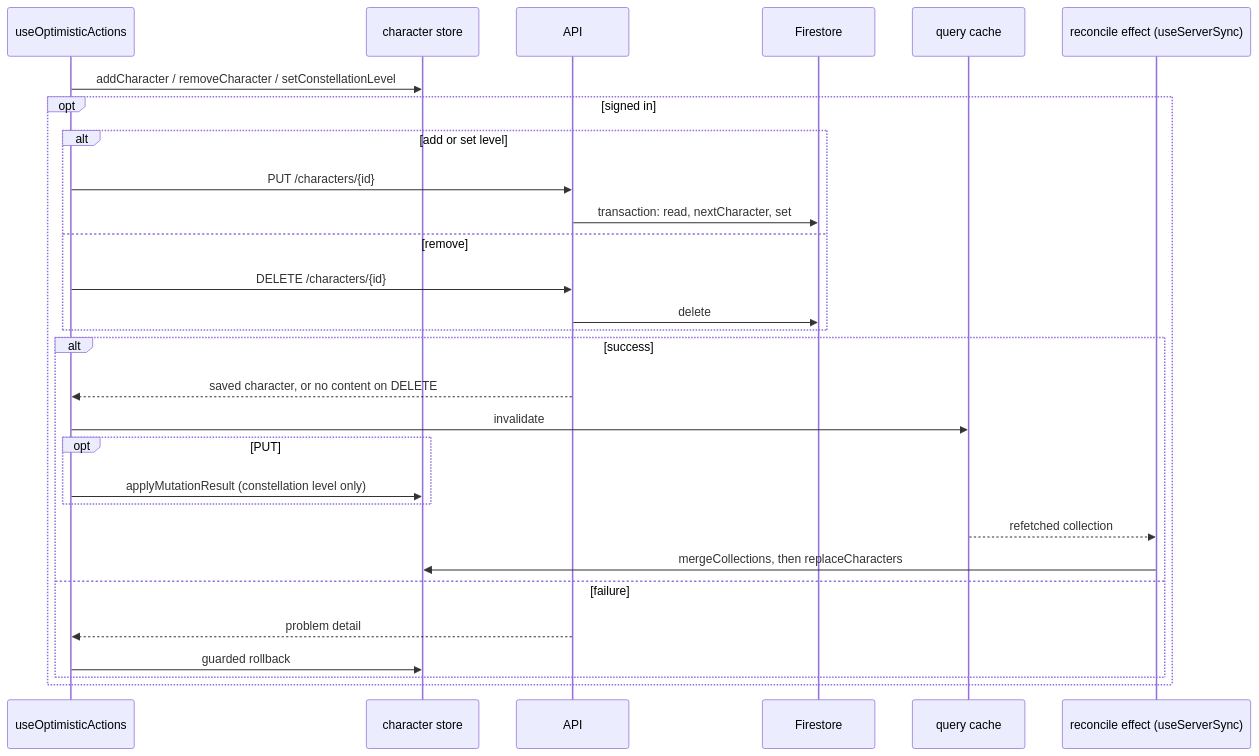
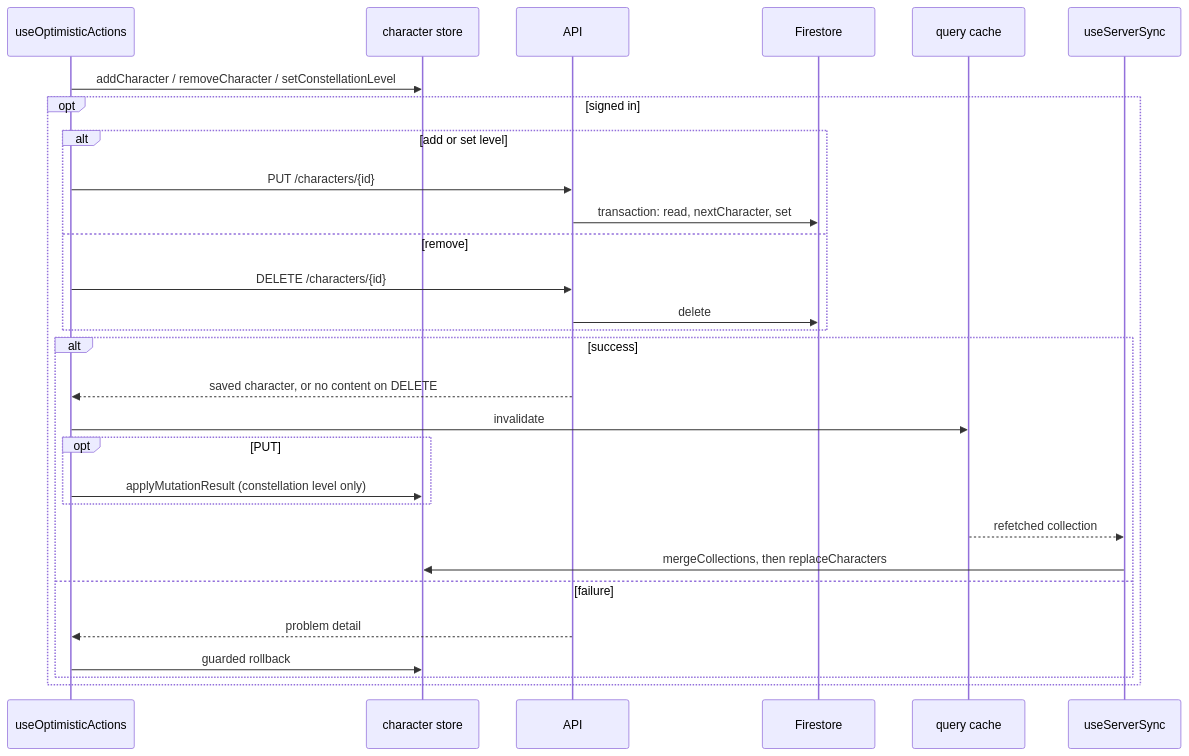
Before and after one commit to dungeon-studio/genshin.dungeon.studio: the first of 4 diagrams in docs/reference/data-flow-write-paths.md, drawn with Mermaid. The commit also changed other lines of this file and 1 other file, not shown here.

Commit message:
docs: fit the data flow diagrams to a page column
Rendered, Level 0 laid out left to right was 3423px wide, so a page
column shrank its labels to a quarter size. Top to bottom it renders
at 2143px with the trust boundaries as separate regions. Two sequence
labels that overflowed their boxes are shortened.

````diff
--- a/docs/reference/data-flow-write-paths.md
+++ b/docs/reference/data-flow-write-paths.md
@@ -33,32 +33,32 @@
 ```mermaid
 sequenceDiagram
   participant Hook as useOptimisticActions
   participant Store as character store
   participant API as API
   participant FS as Firestore
   participant Cache as query cache
-  participant Reconcile as reconcile effect (useServerSync)
+  participant Reconcile as useServerSync
 
   Hook->>Store: addCharacter / removeCharacter / setConstellationLevel
   opt signed in
     alt add or set level
       Hook->>API: PUT /characters/{id}
       API->>FS: transaction: read, nextCharacter, set
     else remove
       Hook->>API: DELETE /characters/{id}
       API->>FS: delete
     end
     alt success
       API-->>Hook: saved character, or no content on DELETE
       Hook->>Cache: invalidate
       opt PUT
         Hook->>Store: applyMutationResult (constellation level only)
       end
       Cache-->>Reconcile: refetched collection
       Reconcile->>Store: mergeCollections, then replaceCharacters
     else failure
       API-->>Hook: problem detail
       Hook->>Store: guarded rollback
     end
   end
 ```
````
